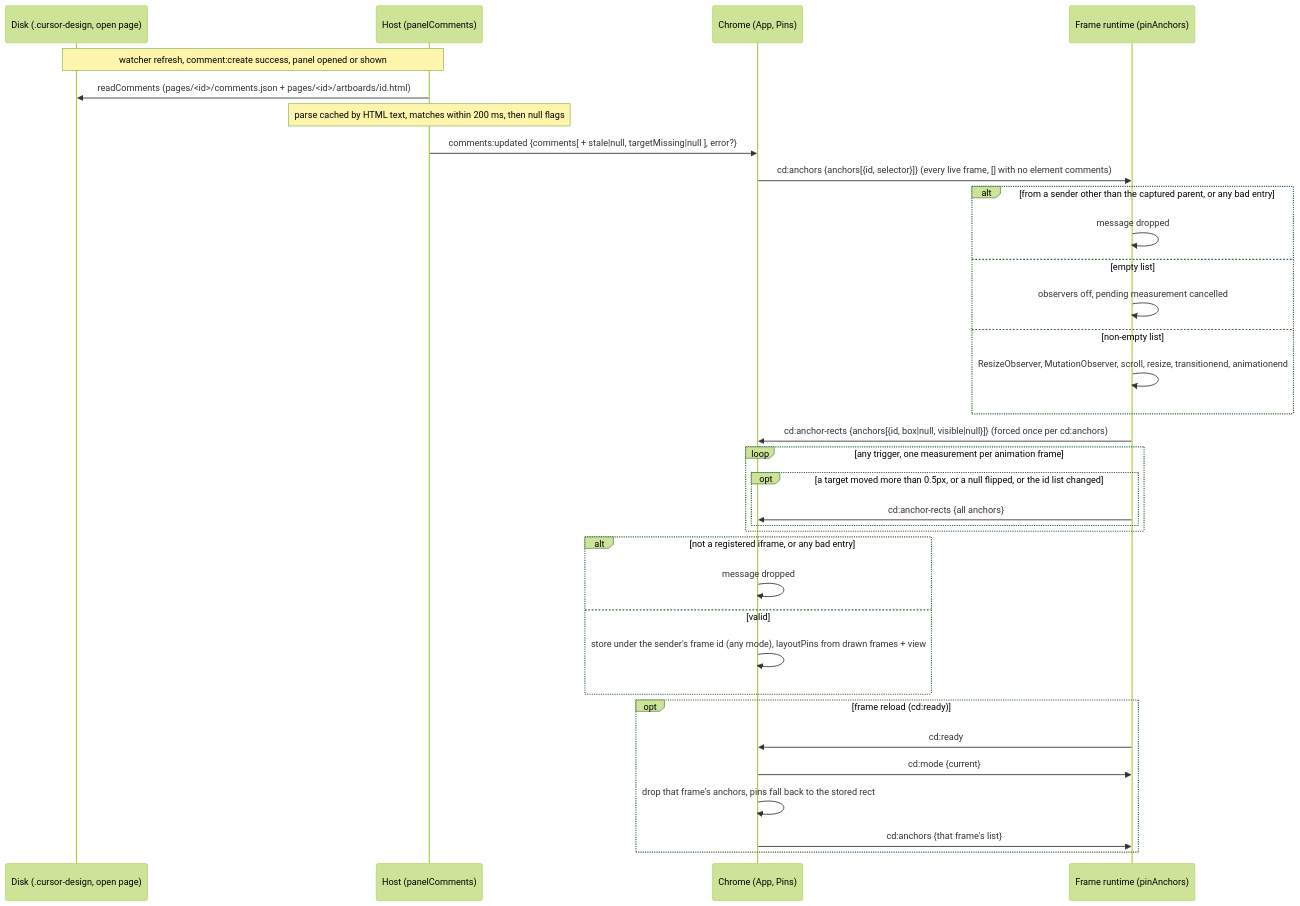
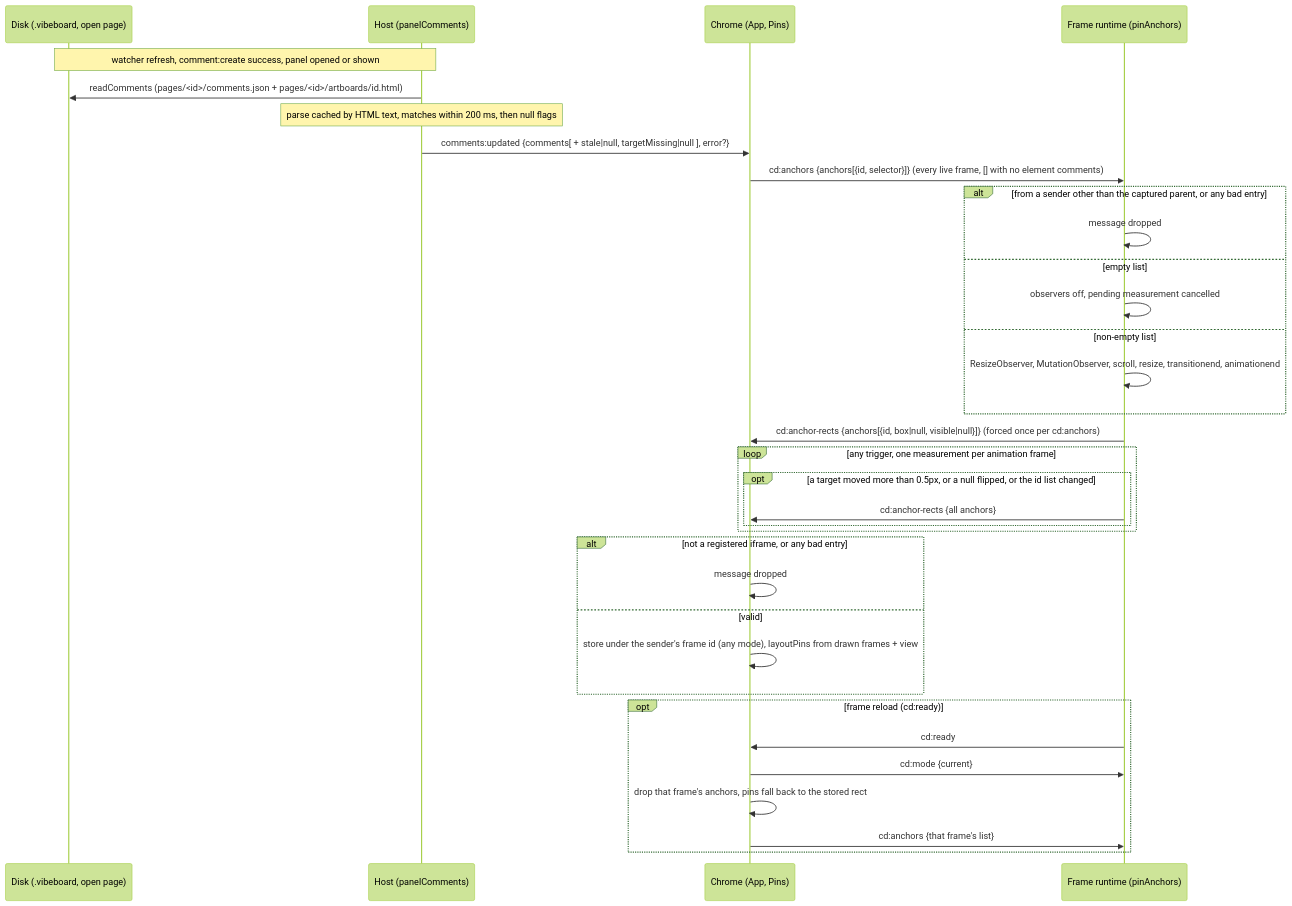
One commit to MarekBombera/cursor-design-extension changed diagram 15 of 18 in blueprint/context/system-map.md. Above: the diagram before and after it, drawn with Mermaid (forest theme). The commit also changed other lines of this file and 100 other files, not shown here.

First line of the commit message:
chore: rename cursor-design to vibeboard

````diff
--- a/blueprint/context/system-map.md
+++ b/blueprint/context/system-map.md
@@ -911,36 +913,36 @@
 ```mermaid
 sequenceDiagram
-  participant D as Disk (.cursor-design, open page)
+  participant D as Disk (.vibeboard, open page)
   participant H as Host (panelComments)
   participant C as Chrome (App, Pins)
   participant F as Frame runtime (pinAnchors)
   Note over D,H: watcher refresh, comment:create success, panel opened or shown
   H->>D: readComments (pages/<id>/comments.json + pages/<id>/artboards/id.html)
   Note over H: parse cached by HTML text, matches within 200 ms, then null flags
   H->>C: comments:updated {comments[ + stale|null, targetMissing|null ], error?}
   C->>F: cd:anchors {anchors[{id, selector}]} (every live frame, [] with no element comments)
   alt from a sender other than the captured parent, or any bad entry
     F->>F: message dropped
   else empty list
     F->>F: observers off, pending measurement cancelled
   else non-empty list
     F->>F: ResizeObserver, MutationObserver, scroll, resize, transitionend, animationend
   end
   F->>C: cd:anchor-rects {anchors[{id, box|null, visible|null}]} (forced once per cd:anchors)
   loop any trigger, one measurement per animation frame
     opt a target moved more than 0.5px, or a null flipped, or the id list changed
       F->>C: cd:anchor-rects {all anchors}
     end
   end
   alt not a registered iframe, or any bad entry
     C->>C: message dropped
   else valid
     C->>C: store under the sender's frame id (any mode), layoutPins from drawn frames + view
   end
   opt frame reload (cd:ready)
     F->>C: cd:ready
     C->>F: cd:mode {current}
     C->>C: drop that frame's anchors, pins fall back to the stored rect
     C->>F: cd:anchors {that frame's list}
   end
 ```
````
